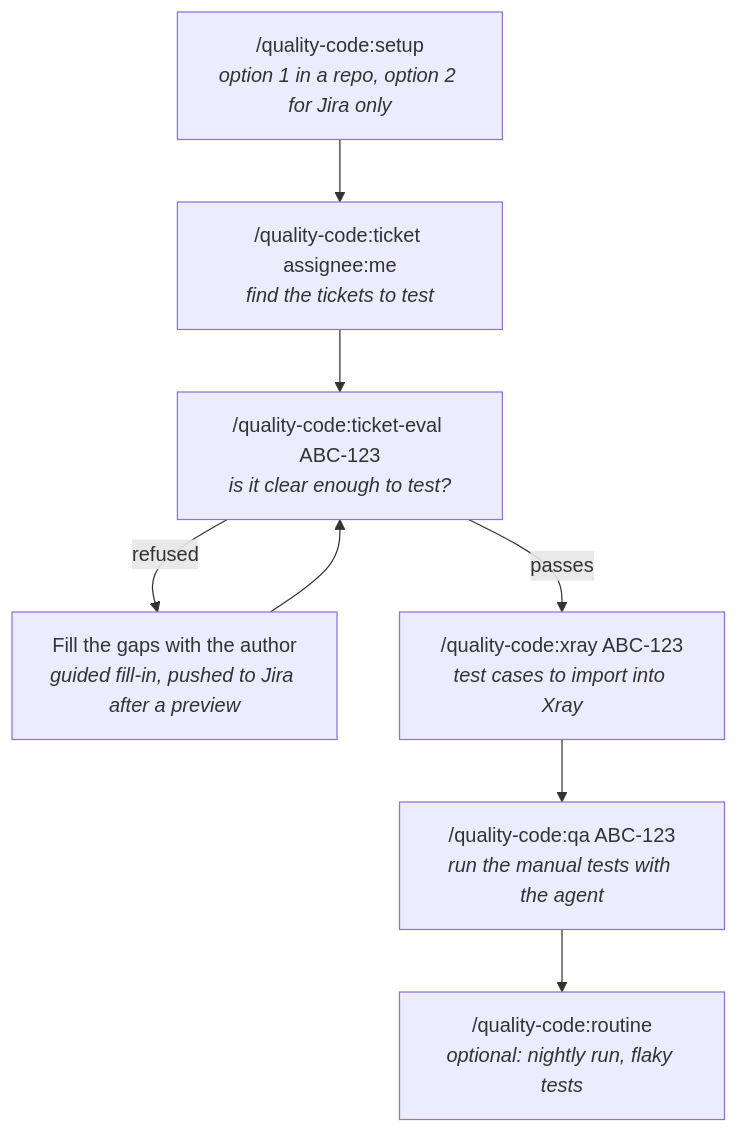
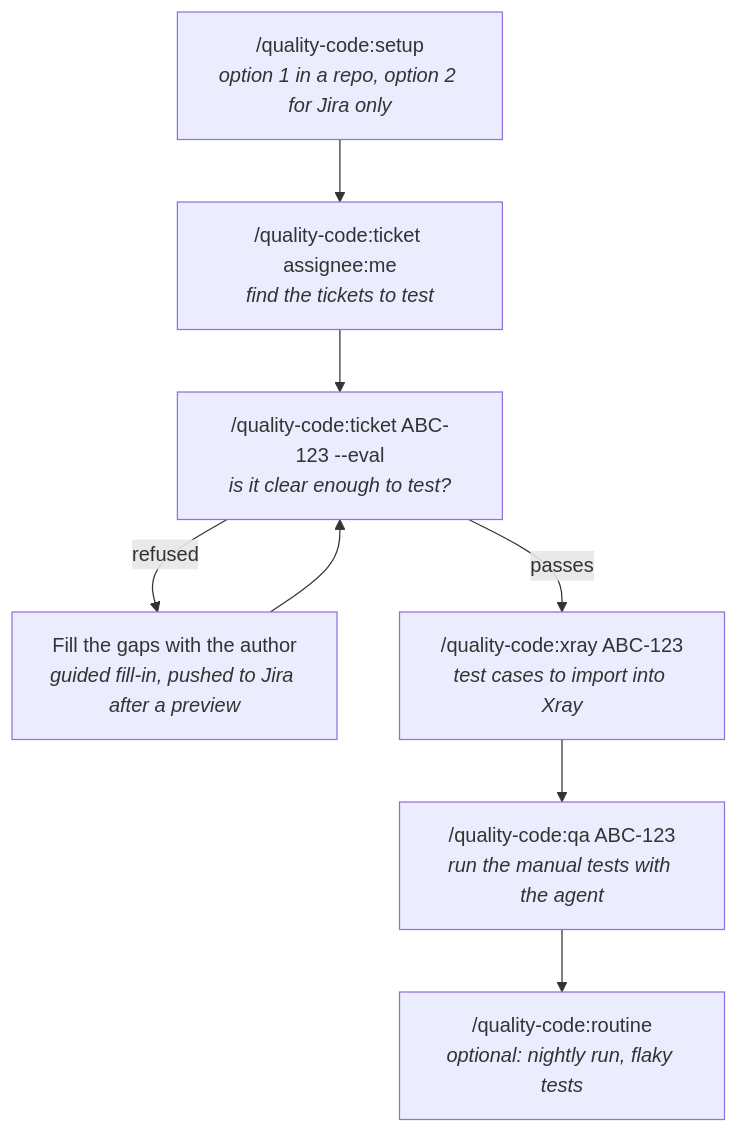
Before and after one commit to vissz28/agentic-testing: the second of 3 diagrams in README.md, drawn with Mermaid. The commit also changed other lines of this file and 39 other files, not shown here.

Commit message:
feat: fold ticket-eval and tickets-eval into ticket --eval

````diff
--- a/README.md
+++ b/README.md
@@ -49,10 +49,10 @@
 ```mermaid
 flowchart TD
     A["/quality-code:setup<br/><i>option 1 in a repo, option 2 for Jira only</i>"] --> B["/quality-code:ticket assignee:me<br/><i>find the tickets to test</i>"]
-    B --> C["/quality-code:ticket-eval ABC-123<br/><i>is it clear enough to test?</i>"]
+    B --> C["/quality-code:ticket ABC-123 --eval<br/><i>is it clear enough to test?</i>"]
     C -- refused --> D["Fill the gaps with the author<br/><i>guided fill-in, pushed to Jira after a preview</i>"]
     D --> C
     C -- passes --> E["/quality-code:xray ABC-123<br/><i>test cases to import into Xray</i>"]
     E --> F["/quality-code:qa ABC-123<br/><i>run the manual tests with the agent</i>"]
     F --> G["/quality-code:routine<br/><i>optional: nightly run, flaky tests</i>"]
 ```
````
